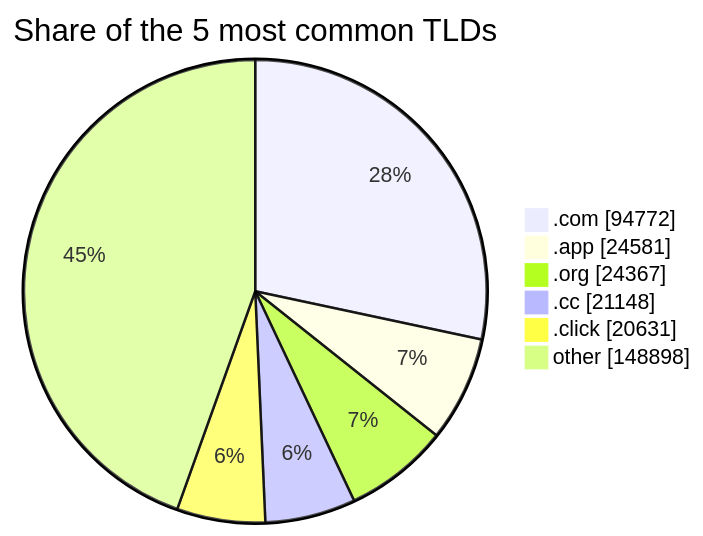
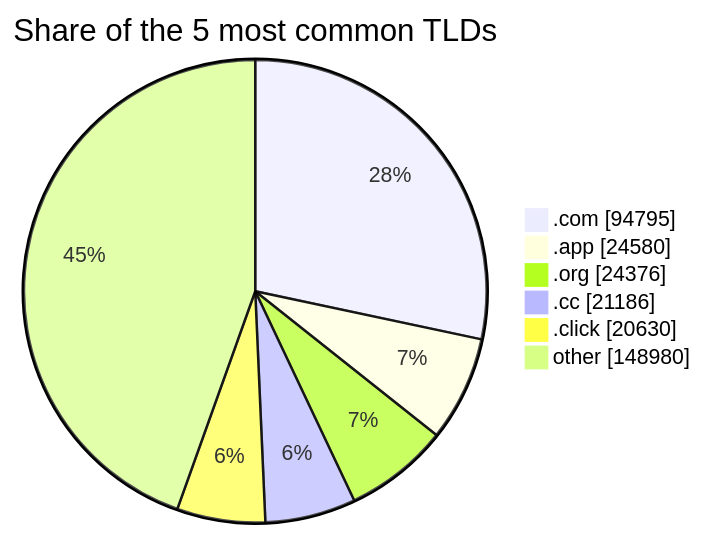
The third of 3 diagrams in README.md (DNSBunker/CTI), drawn with Mermaid before and after one commit. The commit also changed other lines of this file and 4 other files, not shown here.

````diff
--- a/README.md
+++ b/README.md
@@ -81,9 +81,9 @@
 ```mermaid
 pie showData title Share of the 5 most common TLDs
-    ".com" : 94772
-    ".app" : 24581
-    ".org" : 24367
-    ".cc" : 21148
-    ".click" : 20631
-    "other" : 148898
+    ".com" : 94795
+    ".app" : 24580
+    ".org" : 24376
+    ".cc" : 21186
+    ".click" : 20630
+    "other" : 148980
 ```
````
